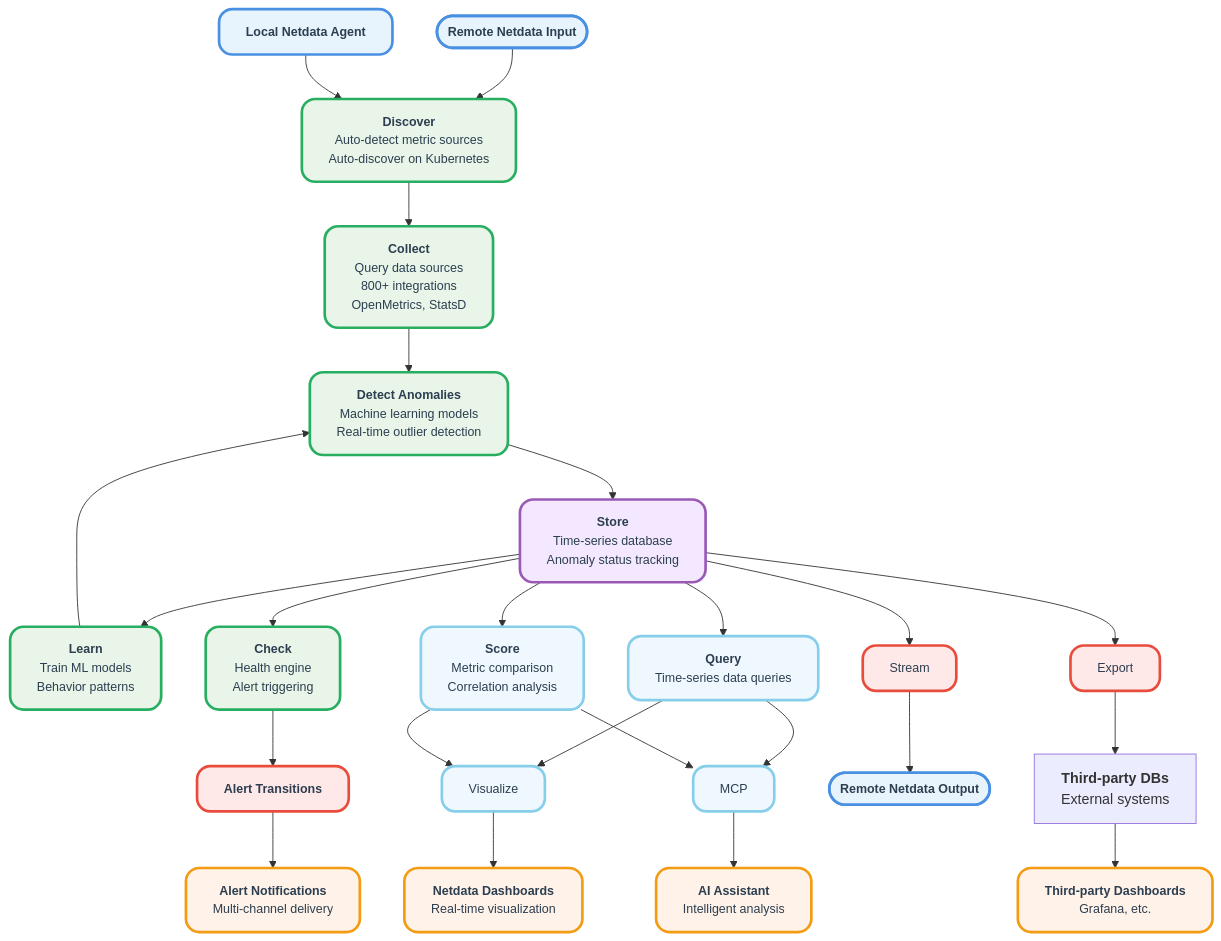
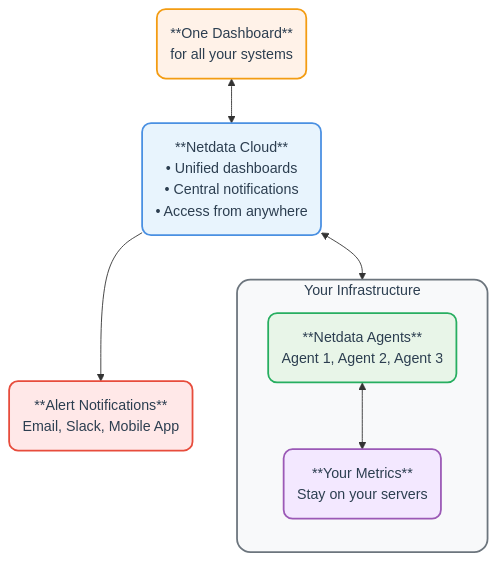
Before and after one commit to netdata/learn: the first of 2 diagrams in docs/netdata-agent/netdata-agent.mdx, drawn with Mermaid. The commit also changed other lines of this file and 848 other files, not shown here.

````diff
--- a/docs/netdata-agent/netdata-agent.mdx
+++ b/docs/netdata-agent/netdata-agent.mdx
@@ -25,56 +31,34 @@
 ```mermaid
-flowchart TD
-    Start(["<b>Remote Netdata Input</b>"]) --> Discover
-    LocalAgent["<b>Local Netdata Agent</b>"] --> Discover
-    Discover["<b>Discover</b><br/>Auto-detect metric sources<br/>Auto-discover on Kubernetes"] --> Collect
-    Collect["<b>Collect</b><br/>Query data sources<br/>800+ integrations<br/>OpenMetrics, StatsD"] --> Detect
-    Detect["<b>Detect Anomalies</b><br/>Machine learning models<br/>Real-time outlier detection"] --> Store
-    Store["<b>Store</b><br/>Time-series database<br/>Anomaly status tracking"] --> Learn
-    Store --> Check
-    Store --> Query
-    Store --> Score
-    Store --> Stream
-    Store --> Export
-    Learn["<b>Learn</b><br/>Train ML models<br/>Behavior patterns"] --> Detect
-    Check["<b>Check</b><br/>Health engine<br/>Alert triggering"] --> Alerts
-    Query["<b>Query</b><br/>Time-series data queries"] --> Visualize
-    Score["<b>Score</b><br/>Metric comparison<br/>Correlation analysis"] --> Visualize
-    Query --> MCP
-    Score --> MCP
-    Alerts["<b>Alert Transitions</b>"] --> Notifications
-    Stream --> End(["<b>Remote Netdata Output</b>"])
-    Export --> ThirdParty
-    Visualize --> Dashboard
-    MCP --> AIAssistant
-    ThirdParty["<b>Third-party DBs</b><br/>External systems"] --> ExternalDash
-    Dashboard["<b>Netdata Dashboards</b><br/>Real-time visualization"]
-    AIAssistant["<b>AI Assistant</b><br/>Intelligent analysis"]
-    ExternalDash["<b>Third-party Dashboards</b><br/>Grafana, etc."]
-    Notifications["<b>Alert Notifications</b><br/>Multi-channel delivery"]
-    classDef input fill: #e8f4fd, stroke: #4a90e2, stroke-width: 3px, color: #2c3e50, rx: 15, ry: 15, font-size: 14px
-    classDef process fill: #e8f5e8, stroke: #27ae60, stroke-width: 3px, color: #2c3e50, rx: 15, ry: 15, font-size: 14px
-    classDef storage fill: #f3e8ff, stroke: #9b59b6, stroke-width: 3px, color: #2c3e50, rx: 15, ry: 15, font-size: 14px
-    classDef output fill: #ffe8e8, stroke: #e74c3c, stroke-width: 3px, color: #2c3e50, rx: 15, ry: 15, font-size: 14px
-    classDef userFeature fill: #fff2e8, stroke: #f39c12, stroke-width: 3px, color: #2c3e50, rx: 15, ry: 15, font-size: 14px
-    classDef cloudFeature fill: #f0f8ff, stroke: #87ceeb, stroke-width: 3px, color: #2c3e50, rx: 15, ry: 15, font-size: 14px
-    class Start input
-    class LocalAgent input
-    class End input
-    class Discover process
-    class Collect process
-    class Detect process
-    class Learn process
-    class Check process
-    class Store storage
-    class Stream output
-    class Export output
-    class Alerts output
-    class Dashboard userFeature
-    class AIAssistant userFeature
-    class ExternalDash userFeature
-    class Notifications userFeature
-    class Query cloudFeature
-    class Score cloudFeature
-    class MCP cloudFeature
-    class Visualize cloudFeature
+flowchart TB
+    NC[NC]
+    Users[Users]
+    Notifications[Notifications]
+    NC("**Netdata Cloud**<br/>• Unified dashboards<br/>• Central notifications<br/>• Access from anywhere")
+    Users("**One Dashboard**<br/>for all your systems")
+    Notifications("**Alert Notifications**<br/>Email, Slack, Mobile App")
+    Users <--> NC
+    NC --> Notifications
+
+    subgraph infrastructure["Your Infrastructure"]
+        direction TB
+        Agents[Agents]
+        Data[Data]
+        Agents("**Netdata Agents**<br/>Agent 1, Agent 2, Agent 3")
+        Data("**Your Metrics**<br/>Stay on your servers")
+        Agents <--> Data
+    end
+
+    NC <--> Agents
+    classDef cloud fill: #e8f4fd, stroke: #4a90e2, stroke-width: 2px, color: #2c3e50, rx: 10, ry: 10
+    classDef users fill: #fff2e8, stroke: #f39c12, stroke-width: 2px, color: #2c3e50, rx: 10, ry: 10
+    classDef notifications fill: #ffe8e8, stroke: #e74c3c, stroke-width: 2px, color: #2c3e50, rx: 10, ry: 10
+    classDef agents fill: #e8f5e8, stroke: #27ae60, stroke-width: 2px, color: #2c3e50, rx: 10, ry: 10
+    classDef data fill: #f3e8ff, stroke: #9b59b6, stroke-width: 2px, color: #2c3e50, rx: 10, ry: 10
+    classDef subgraphStyle fill: #f8f9fa, stroke: #6c757d, stroke-width: 2px, color: #2c3e50, rx: 15, ry: 15
+    class NC cloud
+    class Users users
+    class Notifications notifications
+    class Agents agents
+    class Data data
+    class infrastructure subgraphStyle
 ```
````
